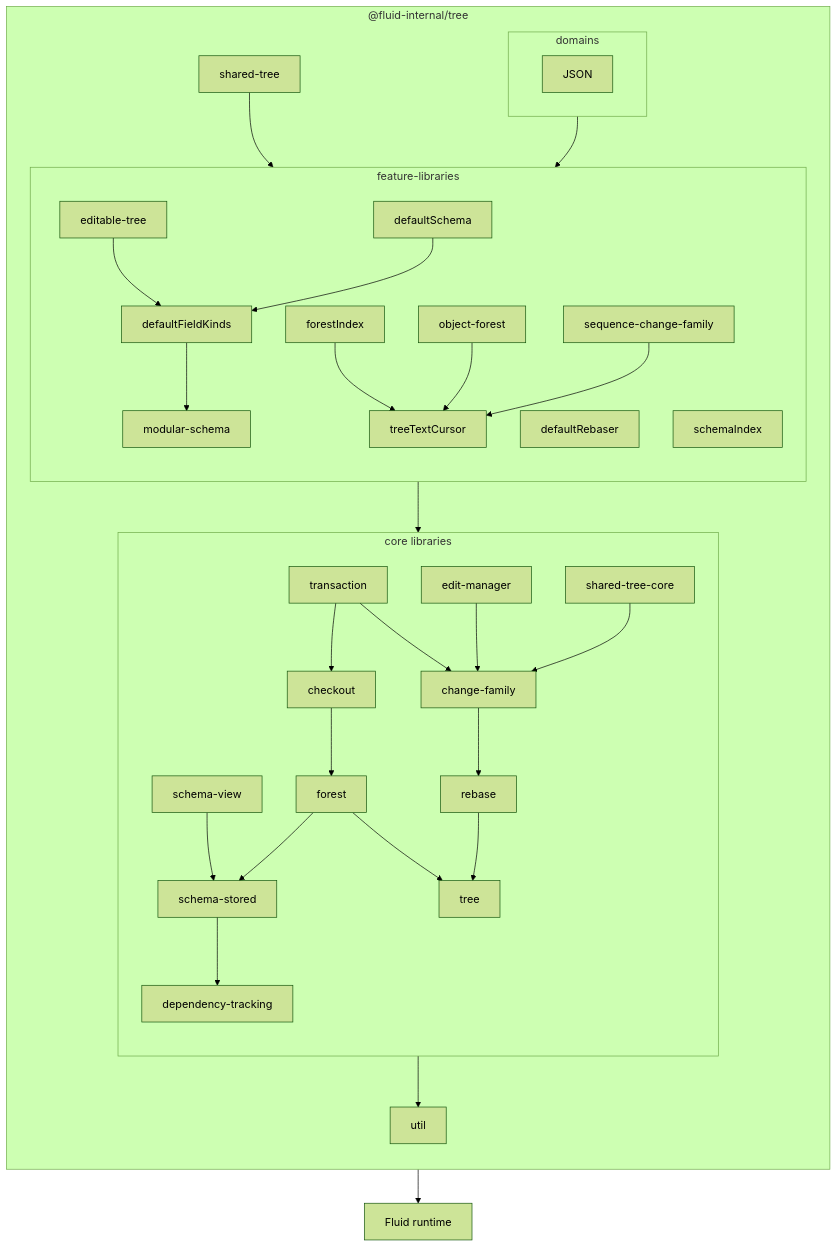
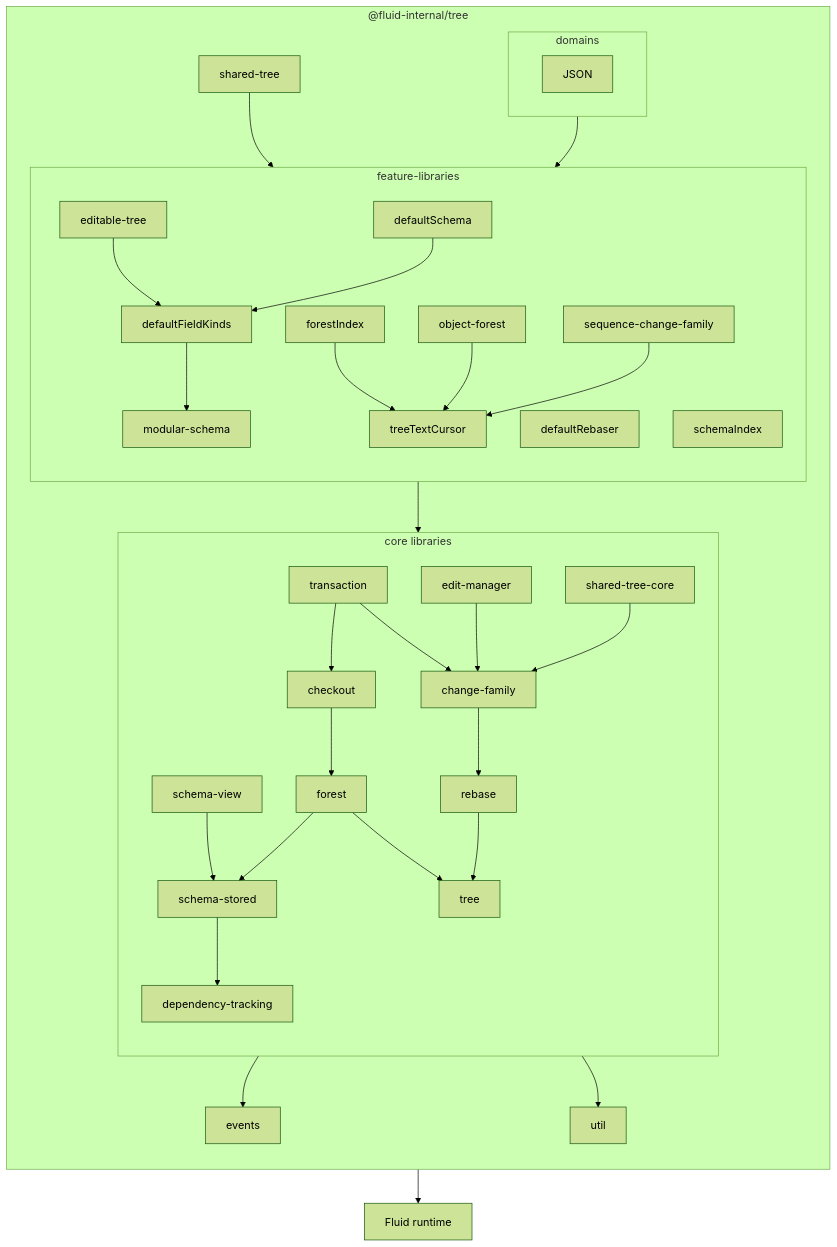
The sixth of 6 diagrams in packages/dds/tree/README.md (microsoft/FluidFramework), drawn with Mermaid (forest theme) before and after one commit. The commit also changed 15 other files, not shown here.

````diff
--- a/packages/dds/tree/README.md
+++ b/packages/dds/tree/README.md
@@ -298,41 +298,42 @@
 ```mermaid
 flowchart
     direction TB
     subgraph package ["@fluid-internal/tree"]
         direction TB
         subgraph core ["core libraries"]
             direction TB
             checkout-->forest
             shared-tree-core-->change-family
             forest-->schema-stored
             change-family-->rebase
             edit-manager-->change-family
             rebase-->tree
             schema-stored-->dependency-tracking
             schema-view-->schema-stored
             transaction-->change-family
             transaction-->checkout
             dependency-tracking
             forest-->tree
         end
+        core-->events
         core-->util
         feature-->core
         shared-tree-->feature
         subgraph feature ["feature-libraries"]
             direction TB
             editable-tree-->defaultFieldKinds
             defaultRebaser
             defaultSchema-->defaultFieldKinds-->modular-schema
             forestIndex-->treeTextCursor
             modular-schema
             object-forest-->treeTextCursor
             schemaIndex
             sequence-change-family-->treeTextCursor
         end
         subgraph domains
             JSON
         end
         domains-->feature
     end
     package-->runtime["Fluid runtime"]
 ```
````
